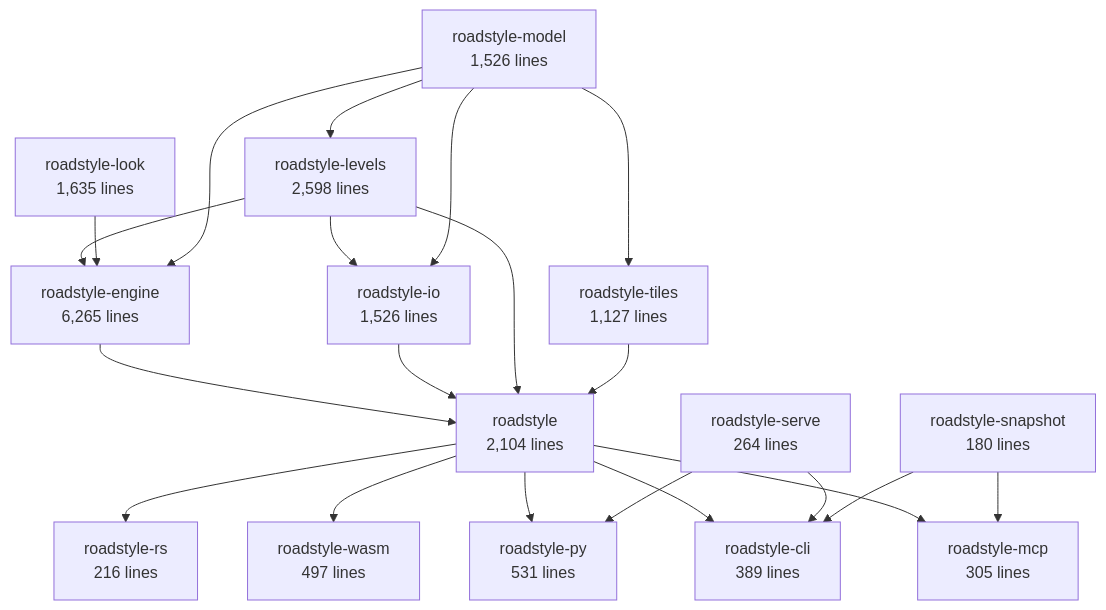
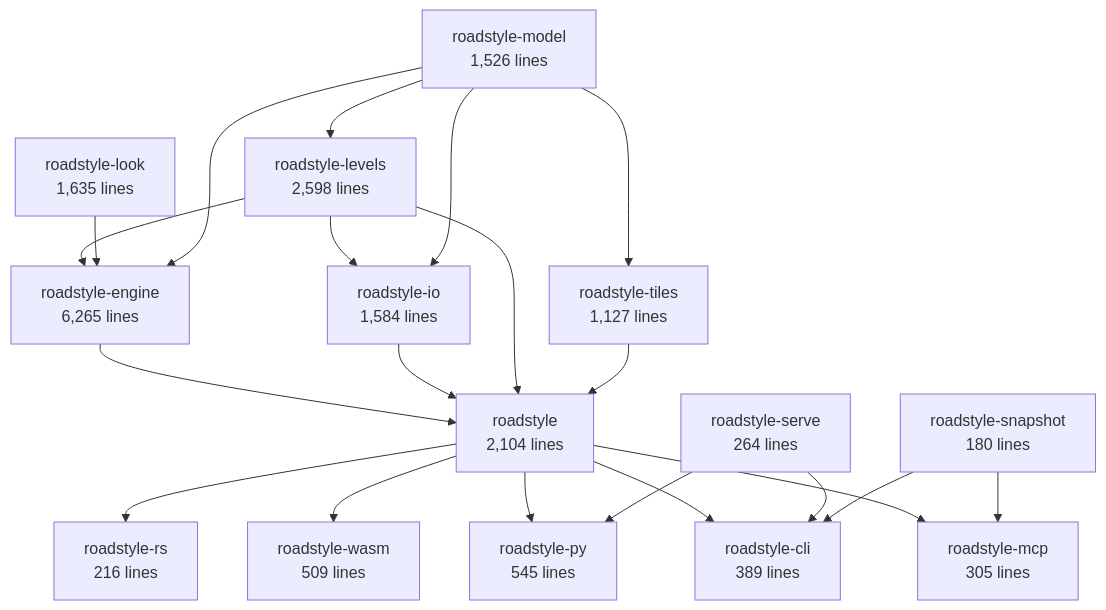
One commit to Khoshkhah/roadstyle changed the second of 6 diagrams in docs/rust/architecture.md. Above: the diagram before and after it, drawn with Mermaid. The commit also changed other lines of this file and 9 other files, not shown here.

````diff
--- a/docs/rust/architecture.md
+++ b/docs/rust/architecture.md
@@ -70,37 +70,37 @@
 ```mermaid
 flowchart TB
     roadstyle_model["roadstyle-model<br/>1,526 lines"]
     roadstyle_look["roadstyle-look<br/>1,635 lines"]
-    roadstyle_io["roadstyle-io<br/>1,526 lines"]
+    roadstyle_io["roadstyle-io<br/>1,584 lines"]
     roadstyle_levels["roadstyle-levels<br/>2,598 lines"]
     roadstyle_engine["roadstyle-engine<br/>6,265 lines"]
     roadstyle_tiles["roadstyle-tiles<br/>1,127 lines"]
     roadstyle["roadstyle<br/>2,104 lines"]
     roadstyle_rs["roadstyle-rs<br/>216 lines"]
-    roadstyle_wasm["roadstyle-wasm<br/>497 lines"]
-    roadstyle_py["roadstyle-py<br/>531 lines"]
+    roadstyle_wasm["roadstyle-wasm<br/>509 lines"]
+    roadstyle_py["roadstyle-py<br/>545 lines"]
     roadstyle_cli["roadstyle-cli<br/>389 lines"]
     roadstyle_mcp["roadstyle-mcp<br/>305 lines"]
     roadstyle_serve["roadstyle-serve<br/>264 lines"]
     roadstyle_snapshot["roadstyle-snapshot<br/>180 lines"]
     roadstyle_levels --> roadstyle_io
     roadstyle_model --> roadstyle_io
     roadstyle_model --> roadstyle_levels
     roadstyle_levels --> roadstyle_engine
     roadstyle_look --> roadstyle_engine
     roadstyle_model --> roadstyle_engine
     roadstyle_model --> roadstyle_tiles
     roadstyle_engine --> roadstyle
     roadstyle_io --> roadstyle
     roadstyle_levels --> roadstyle
     roadstyle_tiles --> roadstyle
     roadstyle --> roadstyle_rs
     roadstyle --> roadstyle_wasm
     roadstyle --> roadstyle_py
     roadstyle_serve --> roadstyle_py
     roadstyle --> roadstyle_cli
     roadstyle_serve --> roadstyle_cli
     roadstyle_snapshot --> roadstyle_cli
     roadstyle --> roadstyle_mcp
     roadstyle_snapshot --> roadstyle_mcp
 ```
````
